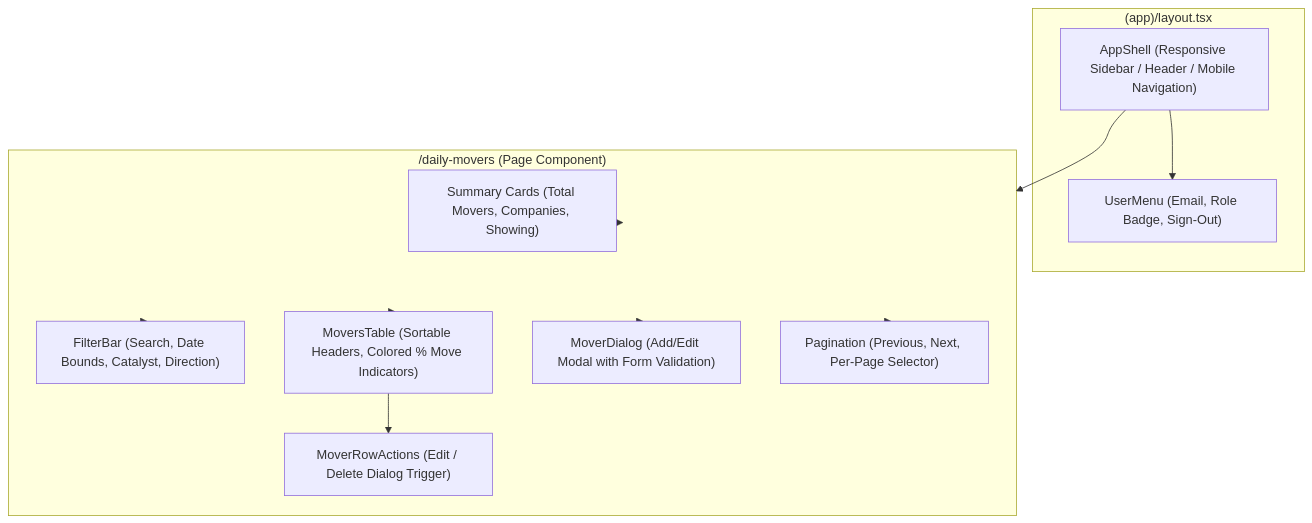
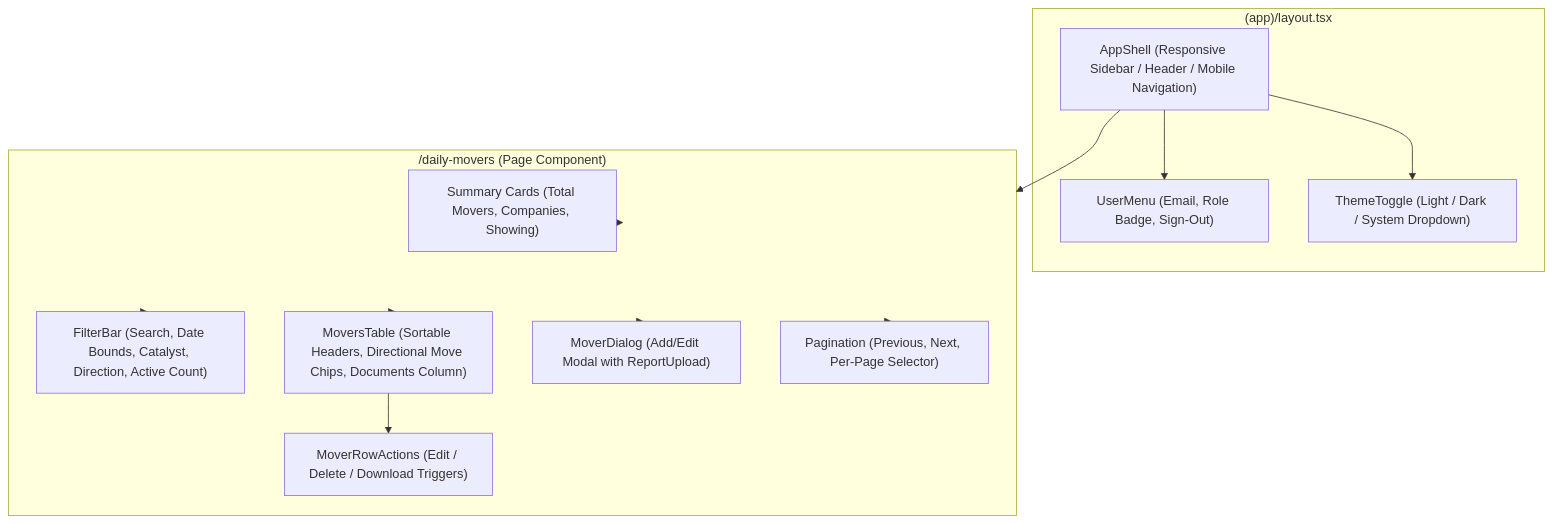
The fifth of 5 diagrams in docs/LLD.md (Vitti-Capital-Tech/daily-movers-dashboard), drawn with Mermaid before and after one commit. The commit also changed other lines of this file and 2 other files, not shown here.

````diff
--- a/docs/LLD.md
+++ b/docs/LLD.md
@@ -414,25 +331,27 @@
 ```mermaid
 graph TD
     subgraph Layout["(app)/layout.tsx"]
         Shell["AppShell (Responsive Sidebar / Header / Mobile Navigation)"]
         UserMenu["UserMenu (Email, Role Badge, Sign-Out)"]
+        Toggle["ThemeToggle (Light / Dark / System Dropdown)"]
     end
 
     subgraph DailyMoversPage["/daily-movers (Page Component)"]
         Summary["Summary Cards (Total Movers, Companies, Showing)"]
-        Filter["FilterBar (Search, Date Bounds, Catalyst, Direction)"]
-        Table["MoversTable (Sortable Headers, Colored % Move Indicators)"]
-        Dialog["MoverDialog (Add/Edit Modal with Form Validation)"]
-        RowActions["MoverRowActions (Edit / Delete Dialog Trigger)"]
+        Filter["FilterBar (Search, Date Bounds, Catalyst, Direction, Active Count)"]
+        Table["MoversTable (Sortable Headers, Directional Move Chips, Documents Column)"]
+        Dialog["MoverDialog (Add/Edit Modal with ReportUpload)"]
+        RowActions["MoverRowActions (Edit / Delete / Download Triggers)"]
         Pager["Pagination (Previous, Next, Per-Page Selector)"]
     end
 
     Shell --> UserMenu
+    Shell --> Toggle
     Shell --> DailyMoversPage
     DailyMoversPage --> Summary
     DailyMoversPage --> Filter
     DailyMoversPage --> Table
     DailyMoversPage --> Dialog
     DailyMoversPage --> Pager
     Table --> RowActions
 ```
````
